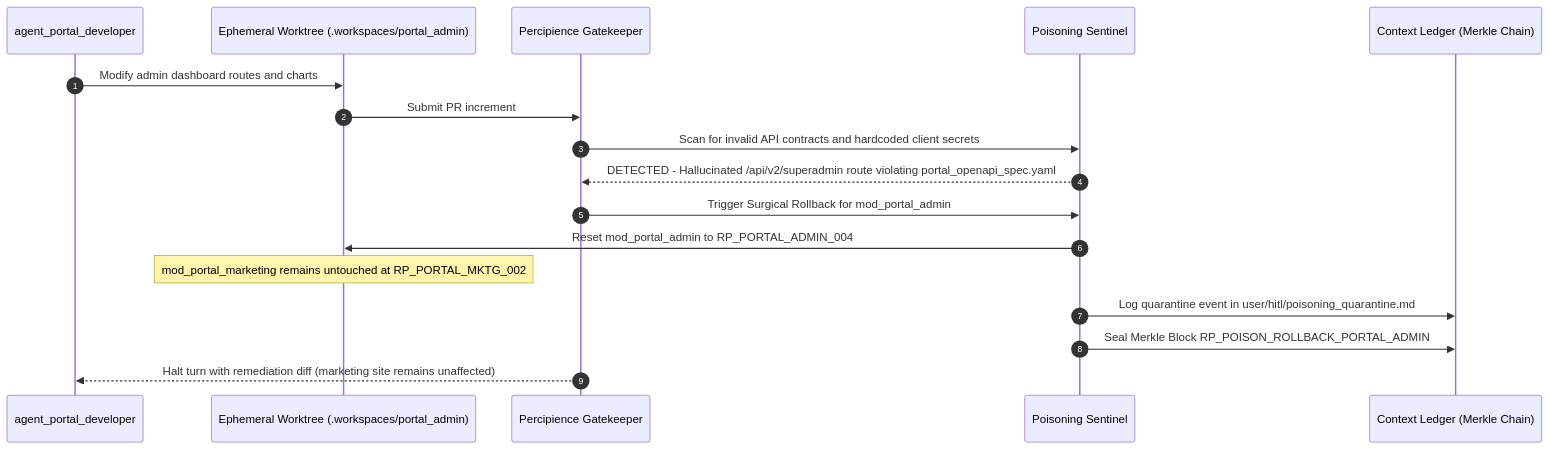
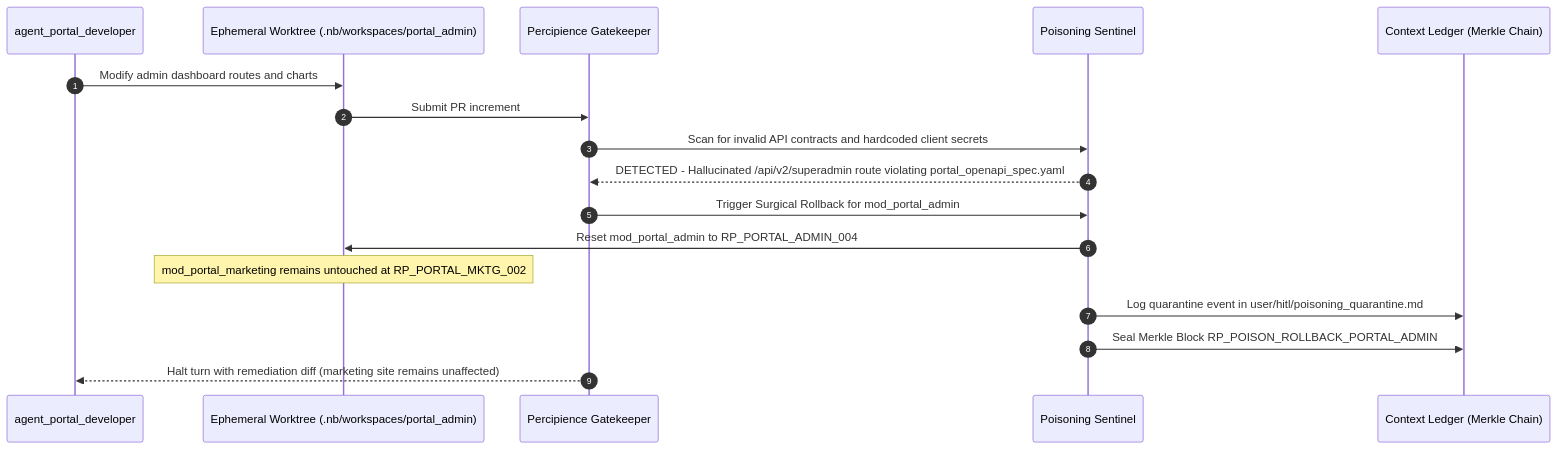
One commit to lakhwindersingh/nb_fairyfly changed the second of 2 diagrams in .nb/plan/archive/old_structure/claude-context-engineering-saas-portal-domain-plan.md. Above: the diagram before and after it, drawn with Mermaid. The commit also changed other lines of this file and 16 other files, not shown here.

````diff
--- a/.nb/plan/archive/old_structure/claude-context-engineering-saas-portal-domain-plan.md
+++ b/.nb/plan/archive/old_structure/claude-context-engineering-saas-portal-domain-plan.md
@@ -272,20 +272,20 @@
 ```mermaid
 sequenceDiagram
     autonumber
     participant Dev as agent_portal_developer
-    participant WT as Ephemeral Worktree (.workspaces/portal_admin)
+    participant WT as Ephemeral Worktree (.nb/workspaces/portal_admin)
     participant Gate as Percipience Gatekeeper
     participant Sentinel as Poisoning Sentinel
     participant Ledger as Context Ledger (Merkle Chain)
 
     Dev->>WT: Modify admin dashboard routes and charts
     WT->>Gate: Submit PR increment
     Gate->>Sentinel: Scan for invalid API contracts and hardcoded client secrets
     Sentinel-->>Gate: DETECTED - Hallucinated /api/v2/superadmin route violating portal_openapi_spec.yaml
     Gate->>Sentinel: Trigger Surgical Rollback for mod_portal_admin
     Sentinel->>WT: Reset mod_portal_admin to RP_PORTAL_ADMIN_004
     Note over WT: mod_portal_marketing remains untouched at RP_PORTAL_MKTG_002
     Sentinel->>Ledger: Log quarantine event in user/hitl/poisoning_quarantine.md
     Sentinel->>Ledger: Seal Merkle Block RP_POISON_ROLLBACK_PORTAL_ADMIN
     Gate-->>Dev: Halt turn with remediation diff (marketing site remains unaffected)
 ```
````
